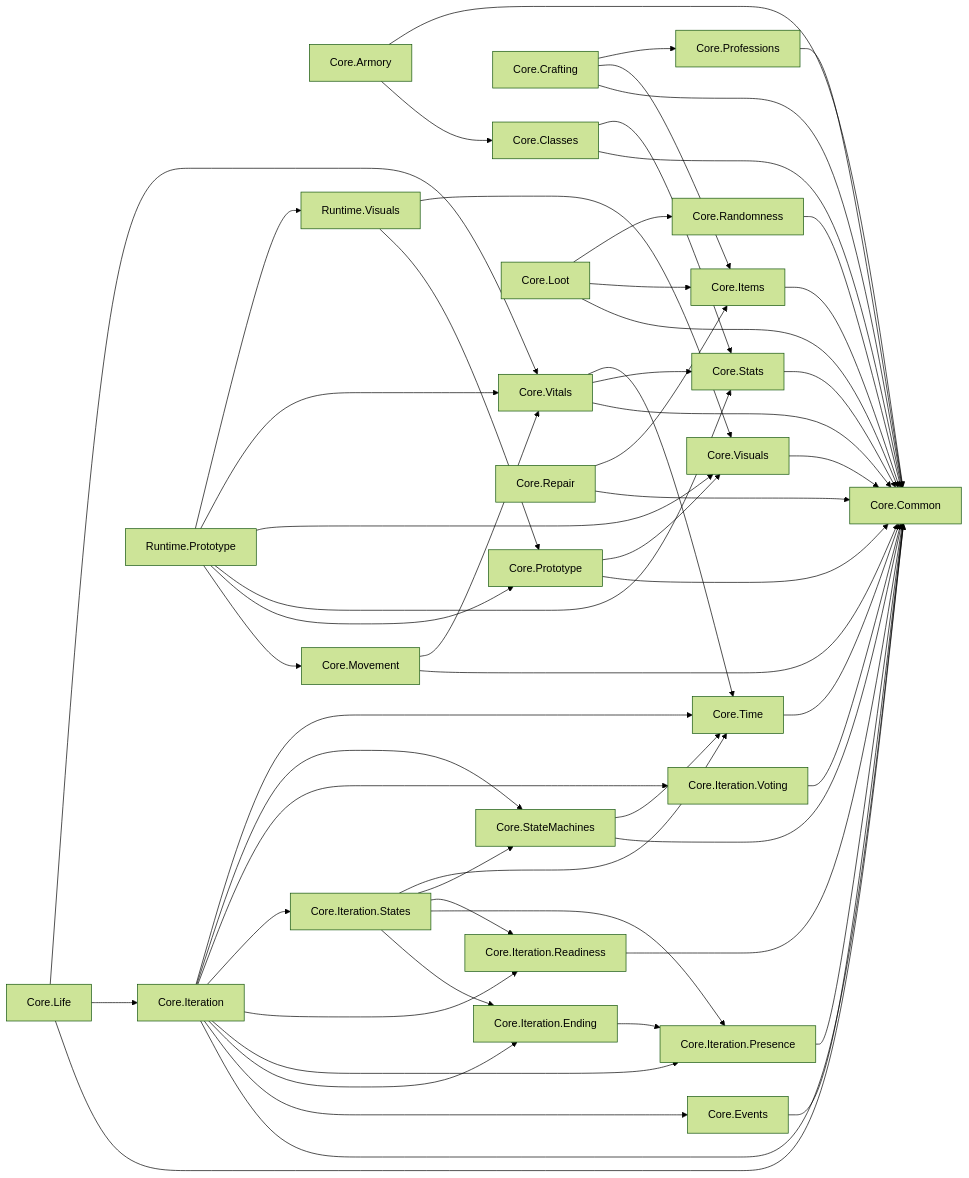
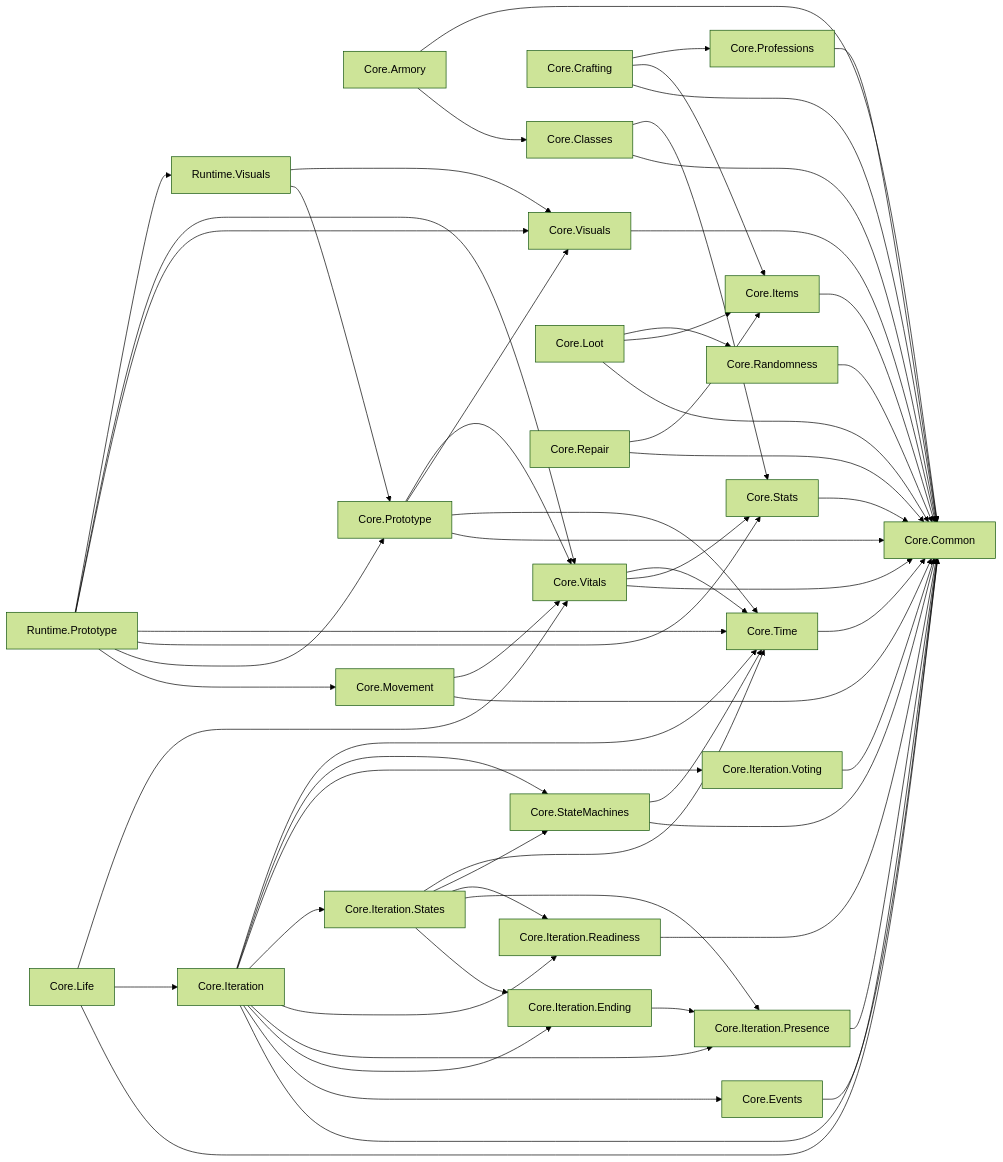
Before and after one commit to LazaroPol/Acensor: the diagram in docs/arquitectura/MODULOS.md, drawn with Mermaid (forest theme). The commit also changed other lines of this file and 15 other files, not shown here.

````diff
--- a/docs/arquitectura/MODULOS.md
+++ b/docs/arquitectura/MODULOS.md
@@ -38,54 +38,54 @@
 ```mermaid
 flowchart LR
   n0["Core.Armory"]
   n1["Core.Classes"]
   n2["Core.Common"]
   n3["Core.Crafting"]
   n4["Core.Events"]
   n5["Core.Items"]
   n6["Core.Iteration"]
   n7["Core.Iteration.Ending"]
   n8["Core.Iteration.Presence"]
   n9["Core.Iteration.Readiness"]
   n10["Core.Iteration.States"]
   n11["Core.Iteration.Voting"]
   n12["Core.Life"]
   n13["Core.Loot"]
   n14["Core.Movement"]
   n15["Core.Professions"]
   n16["Core.Prototype"]
   n17["Core.Randomness"]
   n18["Core.Repair"]
   n19["Core.StateMachines"]
   n20["Core.Stats"]
   n21["Core.Time"]
   n22["Core.Visuals"]
   n23["Core.Vitals"]
   n24["Runtime.Prototype"]
   n25["Runtime.Visuals"]
   n0 --> n1 & n2
   n1 --> n2 & n20
   n3 --> n2 & n5 & n15
   n4 --> n2
   n5 --> n2
   n6 --> n2 & n4 & n7 & n8 & n9 & n10 & n11 & n19 & n21
   n7 --> n8
   n8 --> n2
   n9 --> n2
   n10 --> n7 & n8 & n9 & n19 & n21
   n11 --> n2
   n12 --> n2 & n6 & n23
   n13 --> n2 & n5 & n17
   n14 --> n2 & n23
   n15 --> n2
-  n16 --> n2 & n22
+  n16 --> n2 & n21 & n22 & n23
   n17 --> n2
   n18 --> n2 & n5
   n19 --> n2 & n21
   n20 --> n2
   n21 --> n2
   n22 --> n2
   n23 --> n2 & n20 & n21
-  n24 --> n14 & n16 & n20 & n22 & n23 & n25
+  n24 --> n14 & n16 & n20 & n21 & n22 & n23 & n25
   n25 --> n16 & n22
 ```
````
